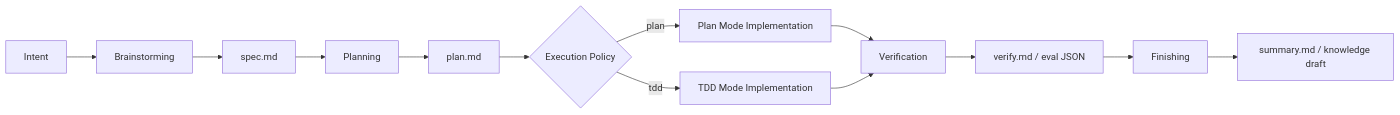
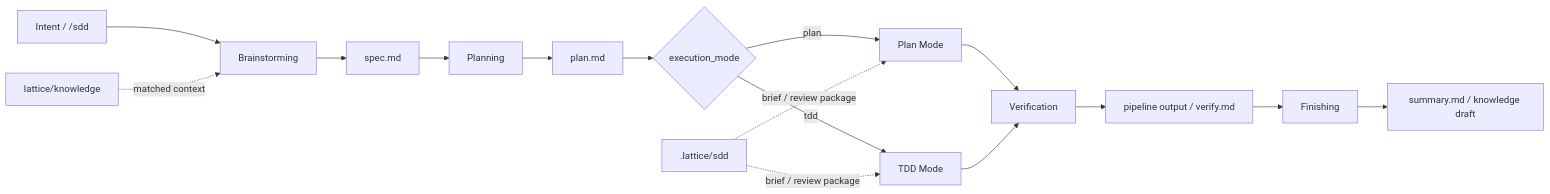
One commit to Spadex/halo changed the diagram in docs/wiki/sdd.md. Above: the diagram before and after it, drawn with Mermaid. The commit also changed other lines of this file and 15 other files, not shown here.

````diff
--- a/docs/wiki/sdd.md
+++ b/docs/wiki/sdd.md
@@ -88,15 +201,19 @@
 ```mermaid
 flowchart LR
-    A["Intent"] --> B["Brainstorming"]
+    A["Intent / /sdd"] --> B["Brainstorming"]
     B --> C["spec.md"]
     C --> D["Planning"]
     D --> E["plan.md"]
-    E --> F{"Execution Policy"}
-    F -->|"plan"| G["Plan Mode Implementation"]
-    F -->|"tdd"| H["TDD Mode Implementation"]
+    E --> F{"execution_mode"}
+    F -->|"plan"| G["Plan Mode"]
+    F -->|"tdd"| H["TDD Mode"]
     G --> I["Verification"]
     H --> I
-    I --> J["verify.md / eval JSON"]
+    I --> J["pipeline output / verify.md"]
     J --> K["Finishing"]
     K --> L["summary.md / knowledge draft"]
+
+    M["lattice/knowledge"] -. "matched context" .-> B
+    N[".lattice/sdd"] -. "brief / review package" .-> G
+    N -. "brief / review package" .-> H
 ```
````
